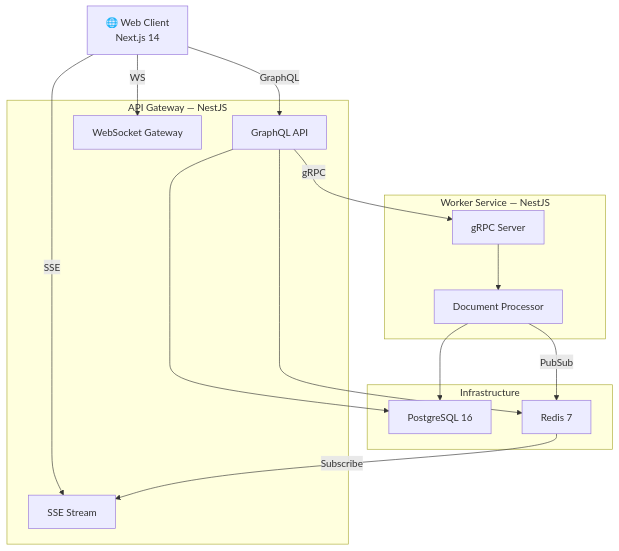
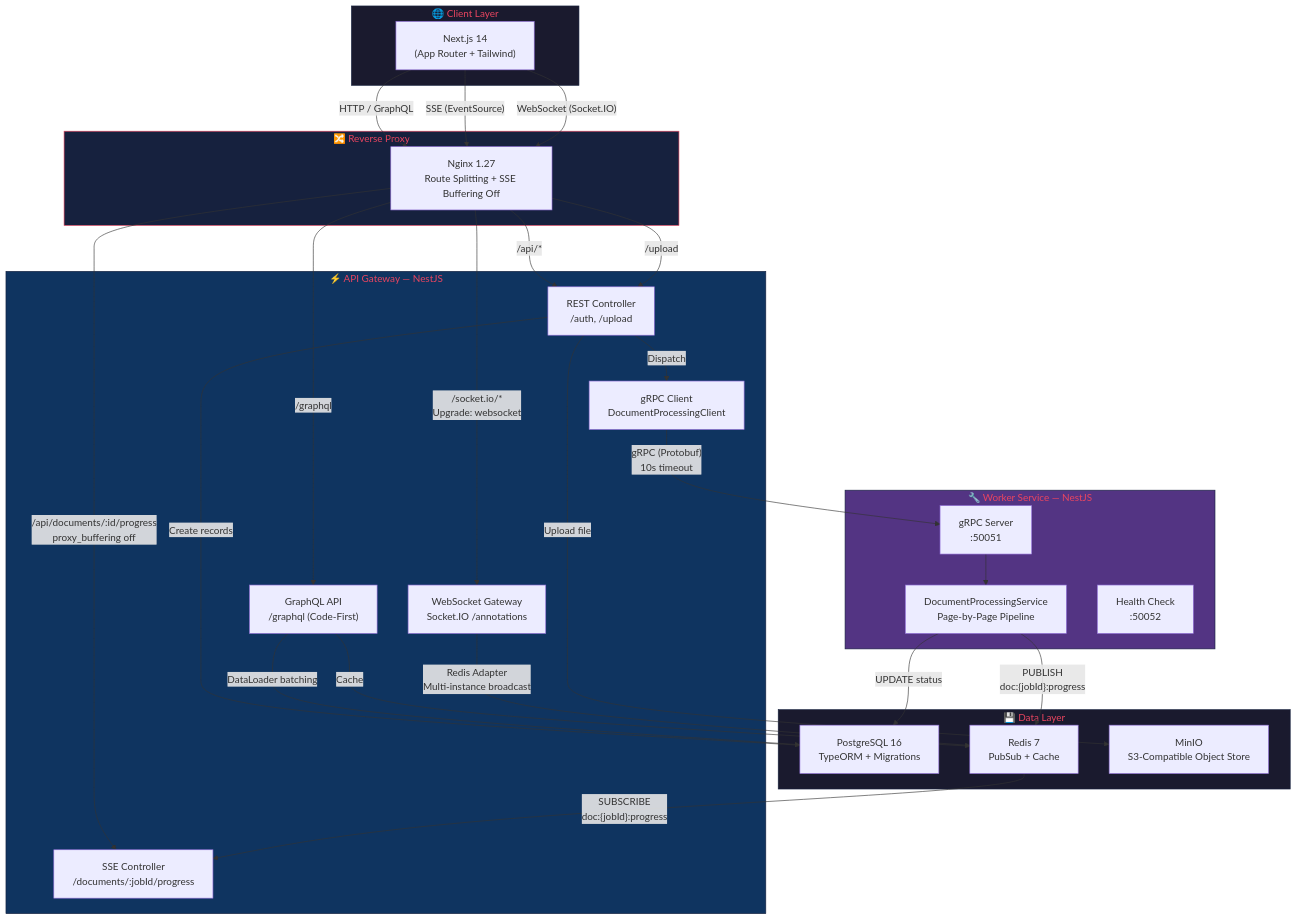
Before and after one commit to VitaliyT96/DocFlow: the first of 4 diagrams in README.md, drawn with Mermaid. The commit also changed other lines of this file and 1 other file, not shown here.

Commit message:
chore/docker-production: add architecture diagram, technical decisions, trade-offs and quick-start guide

````diff
--- a/README.md
+++ b/README.md
@@ -7,34 +59,62 @@
 ```mermaid
 graph TB
-    Client["🌐 Web Client<br/>Next.js 14"]
-
-    subgraph API["API Gateway — NestJS"]
-        GQL["GraphQL API"]
-        SSE["SSE Stream"]
-        WS["WebSocket Gateway"]
+    subgraph Client["🌐 Client Layer"]
+        Browser["Next.js 14<br/>(App Router + Tailwind)"]
     end
 
-    subgraph Worker["Worker Service — NestJS"]
-        GRPC_S["gRPC Server"]
-        Processor["Document Processor"]
+    subgraph Nginx["🔀 Reverse Proxy"]
+        NG["Nginx 1.27<br/>Route Splitting + SSE Buffering Off"]
     end
 
-    subgraph Infra["Infrastructure"]
-        PG["PostgreSQL 16"]
-        Redis["Redis 7"]
+    subgraph Gateway["⚡ API Gateway — NestJS"]
+        REST["REST Controller<br/>/auth, /upload"]
+        GQL["GraphQL API<br/>/graphql (Code-First)"]
+        SSE["SSE Controller<br/>/documents/:jobId/progress"]
+        WS["WebSocket Gateway<br/>Socket.IO /annotations"]
+        GRPC_C["gRPC Client<br/>DocumentProcessingClient"]
     end
 
-    Client -->|"GraphQL"| GQL
-    Client -->|"SSE"| SSE
-    Client -->|"WS"| WS
+    subgraph Worker["🔧 Worker Service — NestJS"]
+        GRPC_S["gRPC Server<br/>:50051"]
+        Processor["DocumentProcessingService<br/>Page-by-Page Pipeline"]
+        Health_W["Health Check<br/>:50052"]
+    end
 
-    GQL -->|"gRPC"| GRPC_S
+    subgraph Storage["💾 Data Layer"]
+        PG["PostgreSQL 16<br/>TypeORM + Migrations"]
+        Redis["Redis 7<br/>PubSub + Cache"]
+        MinIO["MinIO<br/>S3-Compatible Object Store"]
+    end
+
+    Browser -->|"HTTP / GraphQL"| NG
+    Browser -->|"SSE (EventSource)"| NG
+    Browser -->|"WebSocket (Socket.IO)"| NG
+    
+    NG -->|"/graphql"| GQL
+    NG -->|"/api/*"| REST
+    NG -->|"/api/documents/:id/progress<br/>proxy_buffering off"| SSE
+    NG -->|"/socket.io/*<br/>Upgrade: websocket"| WS
+    NG -->|"/upload"| REST
+
+    REST -->|"Upload file"| MinIO
+    REST -->|"Create records"| PG
+    REST -->|"Dispatch"| GRPC_C
+    GQL -->|"DataLoader batching"| PG
+    GQL -->|"Cache"| Redis
+
+    GRPC_C -->|"gRPC (Protobuf)<br/>10s timeout"| GRPC_S
     GRPC_S --> Processor
 
-    Processor -->|"PubSub"| Redis
-    Redis -->|"Subscribe"| SSE
+    Processor -->|"PUBLISH<br/>doc:{jobId}:progress"| Redis
+    Processor -->|"UPDATE status"| PG
 
-    GQL --> PG
-    Processor --> PG
-    GQL --> Redis
+    Redis -->|"SUBSCRIBE<br/>doc:{jobId}:progress"| SSE
+
+    WS -->|"Redis Adapter<br/>Multi-instance broadcast"| Redis
+
+    style Client fill:#1a1a2e,stroke:#16213e,color:#e94560
+    style Gateway fill:#0f3460,stroke:#16213e,color:#e94560
+    style Worker fill:#533483,stroke:#16213e,color:#e94560
+    style Storage fill:#1a1a2e,stroke:#16213e,color:#e94560
+    style Nginx fill:#16213e,stroke:#e94560,color:#e94560
 ```
````
